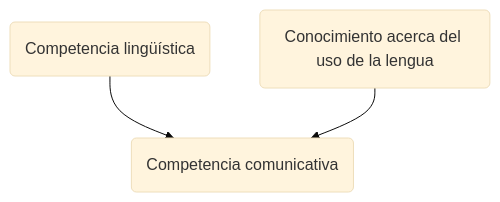
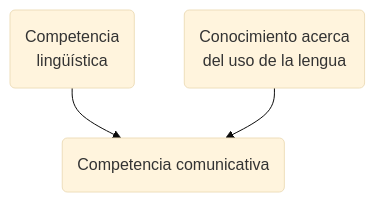
One commit to matiasthomas/matiasthomas.github.io changed the first of 3 diagrams in content/Apuntes/Lingüística/Resúmenes de clases teóricas (2021).md. Above: the diagram before and after it, drawn with Mermaid (base theme). The commit also changed other lines of this file and 56 other files, not shown here.

````diff
--- a/content/Apuntes/Lingüística/Resúmenes de clases teóricas (2021).md
+++ b/content/Apuntes/Lingüística/Resúmenes de clases teóricas (2021).md
@@ -32,5 +32,7 @@
-```mermaid
+``` mermaid
 flowchart TB
-  A("Competencia lingüística") & B("Conocimiento acerca del uso de la lengua")
-  A & B --> C(Competencia comunicativa)
+A("Competencia
+lingüística") & B("Conocimiento acerca 
+del uso de la lengua")
+A & B --> C(Competencia comunicativa)
 ```
````
